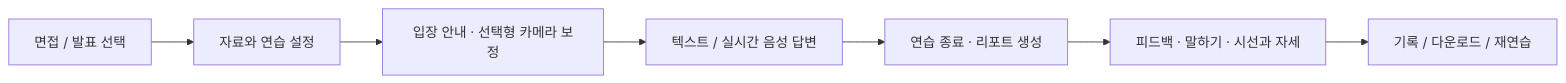
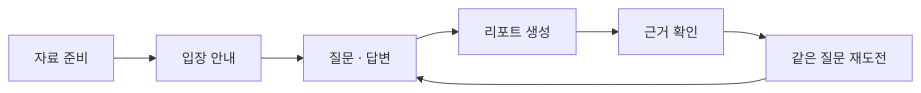
The first of 2 diagrams in README.md (luckyandy7/rehearsal-studio), drawn with Mermaid before and after one commit. The commit also changed other lines of this file and 5 other files, not shown here.

````diff
--- a/README.md
+++ b/README.md
@@ -100,9 +40,9 @@
 ```mermaid
 flowchart LR
-    A["면접 / 발표 선택"] --> B["자료와 연습 설정"]
-    B --> C["입장 안내 · 선택형 카메라 보정"]
-    C --> D["텍스트 / 실시간 음성 답변"]
-    D --> E["연습 종료 · 리포트 생성"]
-    E --> F["피드백 · 말하기 · 시선과 자세"]
-    F --> G["기록 / 다운로드 / 재연습"]
+    A["자료 준비"] --> B["입장 안내"]
+    B --> C["질문 · 답변"]
+    C --> D["리포트 생성"]
+    D --> E["근거 확인"]
+    E --> F["같은 질문 재도전"]
+    F --> C
 ```
````
